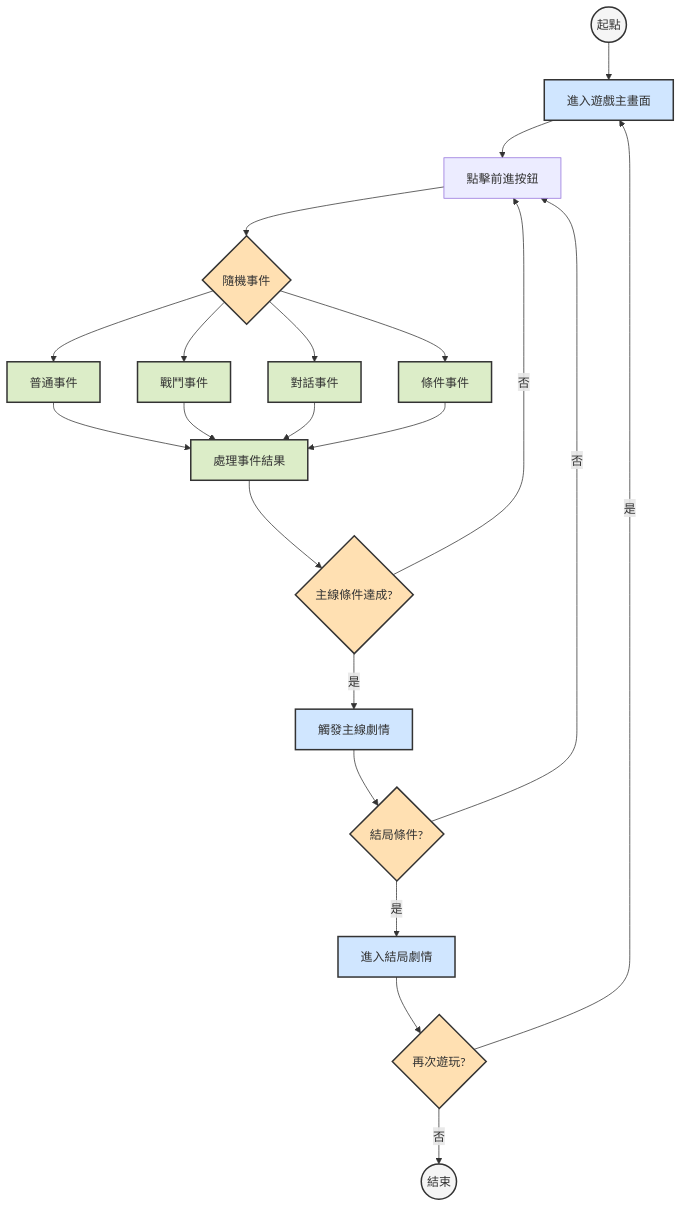
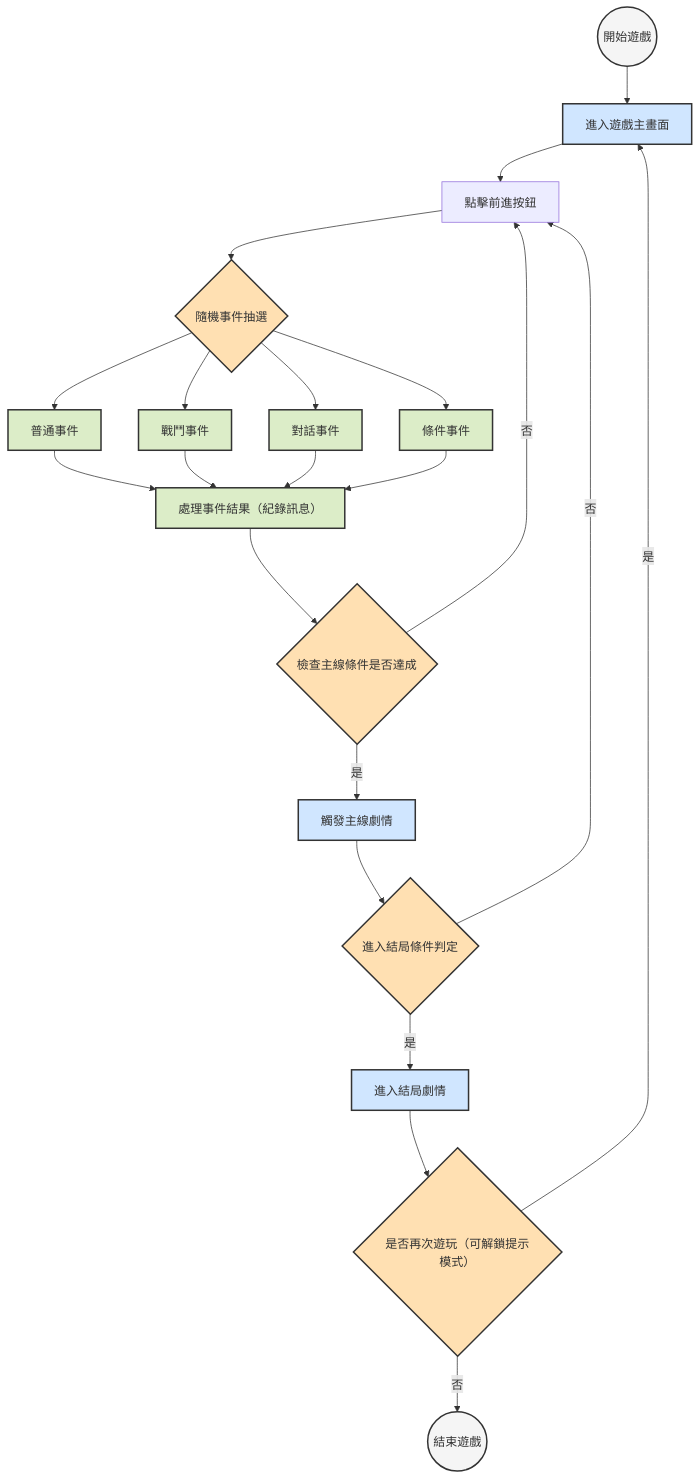
The diagram in docs/flowchart.md (hPPPf7/GameProject), drawn with Mermaid before and after one commit. The commit also changed other lines of this file and 3 other files, not shown here.

Commit message:
修復 MkDocs 中 Mermaid 圖表的渲染問題

````diff
--- a/docs/flowchart.md
+++ b/docs/flowchart.md
@@ -3,33 +3,33 @@
 ```mermaid
 graph TD
     classDef startEnd fill:#f5f5f5,stroke:#333,stroke-width:2px;
     classDef mainNode fill:#d0e6ff,stroke:#333,stroke-width:2px;
     classDef decision fill:#ffe0b2,stroke:#333,stroke-width:2px;
     classDef action fill:#dcedc8,stroke:#333,stroke-width:2px;
 
-    S((起點)) --> M[進入遊戲主畫面]
+    S((開始遊戲)) --> M[進入遊戲主畫面]
     M --> Click[點擊前進按鈕]
-    Click --> EvDraw{隨機事件}
+    Click --> EvDraw{隨機事件抽選}
     EvDraw --> EvNormal[普通事件]
     EvDraw --> EvBattle[戰鬥事件]
     EvDraw --> EvDialogue[對話事件]
     EvDraw --> EvCond[條件事件]
-    EvNormal --> Process[處理事件結果]
+    EvNormal --> Process[處理事件結果（紀錄訊息）]
     EvBattle --> Process
     EvDialogue --> Process
     EvCond --> Process
-    Process --> StoryCheck{主線條件達成?}
+    Process --> StoryCheck{檢查主線條件是否達成}
     StoryCheck -- 否 --> Click
     StoryCheck -- 是 --> Mainline[觸發主線劇情]
-    Mainline --> EndingCheck{結局條件?}
+    Mainline --> EndingCheck{進入結局條件判定}
     EndingCheck -- 否 --> Click
     EndingCheck -- 是 --> Ending[進入結局劇情]
-    Ending --> ReplayCheck{再次遊玩?}
+    Ending --> ReplayCheck{是否再次遊玩（可解鎖提示模式）}
     ReplayCheck -- 是 --> M
-    ReplayCheck -- 否 --> E((結束))
+    ReplayCheck -- 否 --> E((結束遊戲))
 
     class S,E startEnd
     class M,Mainline,Ending mainNode
     class EvDraw,StoryCheck,EndingCheck,ReplayCheck decision
     class EvNormal,EvBattle,EvDialogue,EvCond,Process action
 ```
````
